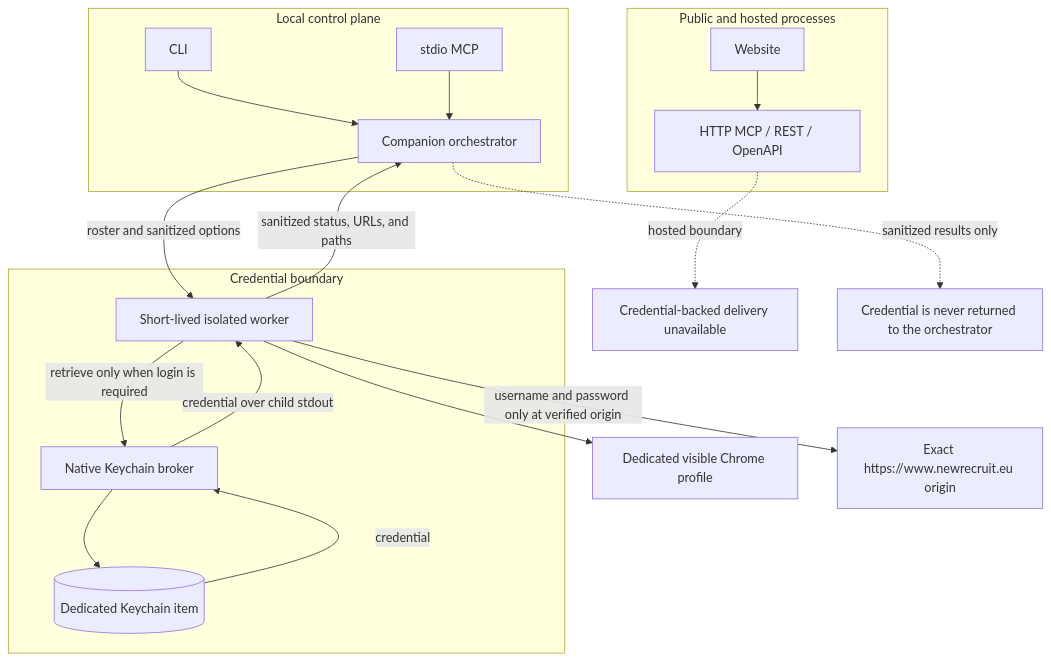
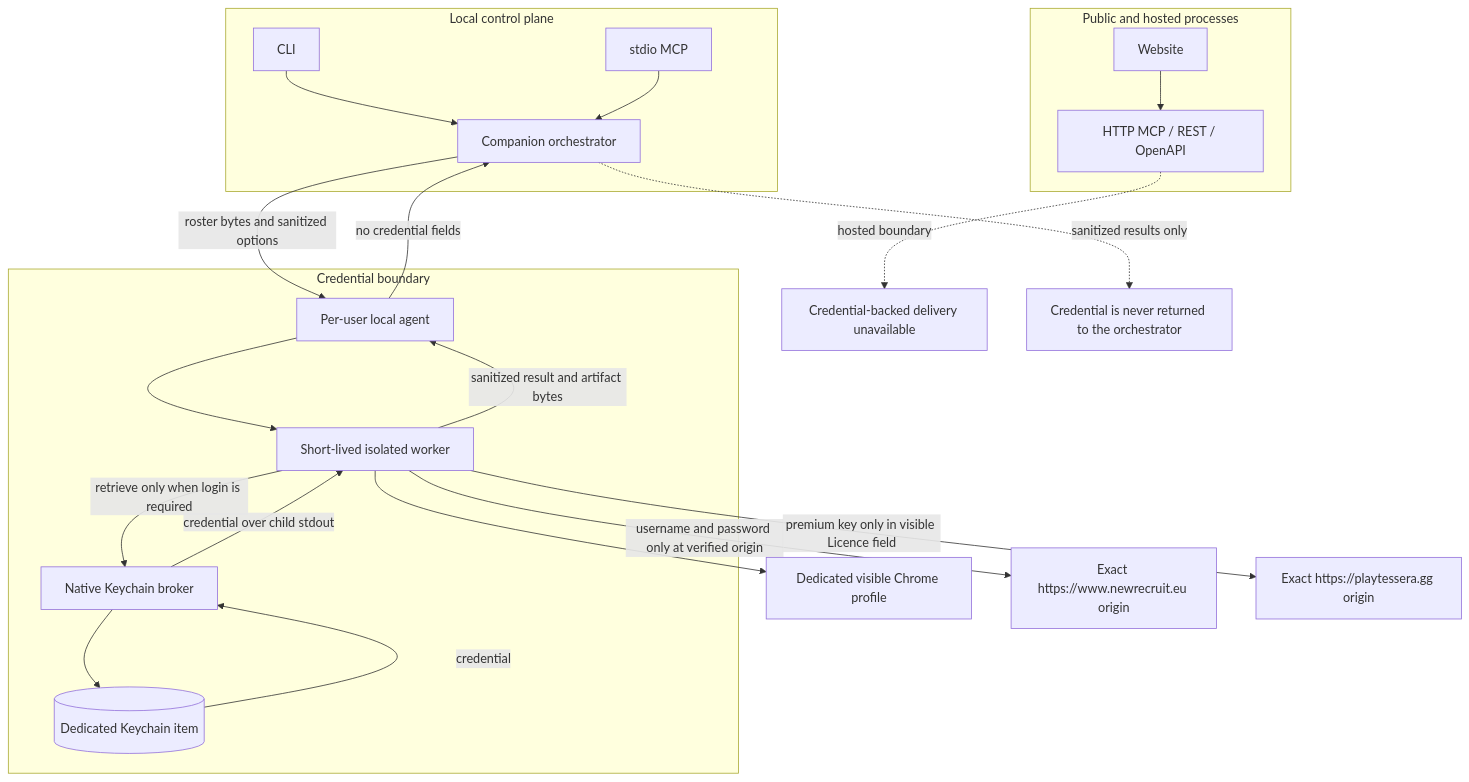
One commit to jrichyrich/new_recruit changed the fourth of 4 diagrams in docs/architecture.md. Above: the diagram before and after it, drawn with Mermaid. The commit also changed other lines of this file and 35 other files, not shown here.

````diff
--- a/docs/architecture.md
+++ b/docs/architecture.md
@@ -252,39 +300,44 @@
 ```mermaid
 flowchart TB
     subgraph public["Public and hosted processes"]
         hostedUi["Website"]
         hostedApi["HTTP MCP / REST / OpenAPI"]
     end
 
     subgraph localControl["Local control plane"]
         cli2["CLI"]
         mcp2["stdio MCP"]
         orchestrator["Companion orchestrator"]
     end
 
     subgraph secretBoundary["Credential boundary"]
+        agent2["Per-user local agent"]
         worker2["Short-lived isolated worker"]
         broker2["Native Keychain broker"]
         keychain2[("Dedicated Keychain item")]
     end
 
     chrome2["Dedicated visible Chrome profile"]
     nr2["Exact https://www.newrecruit.eu origin"]
+    tessera2["Exact https://playtessera.gg origin"]
 
     hostedUi --> hostedApi
     cli2 --> orchestrator
     mcp2 --> orchestrator
-    orchestrator -->|"roster and sanitized options"| worker2
+    orchestrator -->|"roster bytes and sanitized options"| agent2
+    agent2 --> worker2
     worker2 -->|"retrieve only when login is required"| broker2
     broker2 --> keychain2
     keychain2 -->|"credential"| broker2
     broker2 -->|"credential over child stdout"| worker2
     worker2 -->|"username and password only at verified origin"| nr2
+    worker2 -->|"premium key only in visible Licence field"| tessera2
     worker2 --> chrome2
-    worker2 -->|"sanitized status, URLs, and paths"| orchestrator
+    worker2 -->|"sanitized result and artifact bytes"| agent2
+    agent2 -->|"no credential fields"| orchestrator
 
     hostedStop2["Credential-backed delivery unavailable"]
     secretStop["Credential is never returned to the orchestrator"]
     hostedApi -. "hosted boundary" .-> hostedStop2
     orchestrator -. "sanitized results only" .-> secretStop
 ```
````
